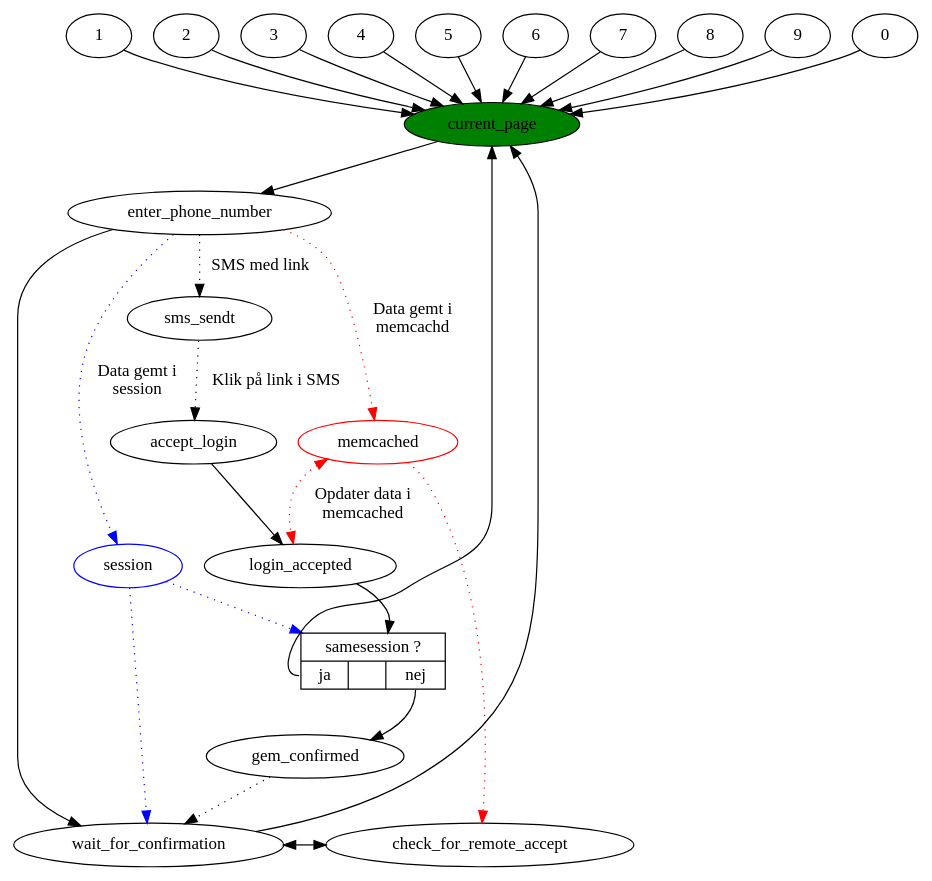
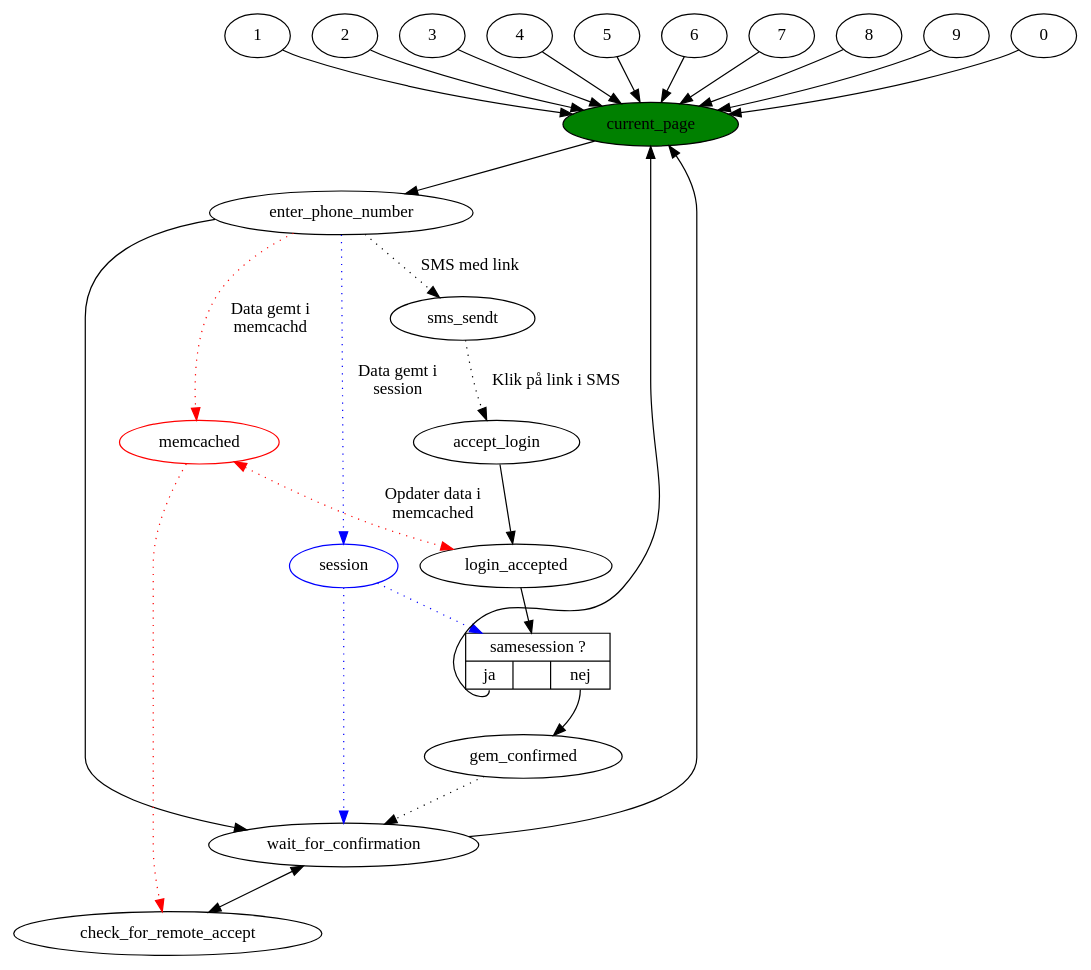
Before and after one commit to alslug/alslug.dk: the diagram in projekter/sms-login.dot, drawn with Graphviz.

```diff
--- a/projekter/sms-login.dot
+++ b/projekter/sms-login.dot
@@ -1,50 +1,47 @@
 digraph xxx {
   {1,2,3,4,5,6,7,8,9,0} -> current_page;
   {
     edge [ color=red style=dotted ];
 ////////////////////////////////////////////////////////////////////////////////////////////
     enter_phone_number -> memcached [ label="Data gemt i \nmemcachd"]; /////
                           memcached [ color = red ];
                           memcached -> check_for_remote_accept;
                           memcached -> login_accepted [ label = "Opdater data i \nmemcached" dir=both ];
 ////////////////////////////////////////////////////////////////////////////////////////////
   }
   {
     edge [ color=blue style=dotted ];
 ////////////////////////////////////////////////////////////////////////////////////////////
         enter_phone_number -> session [ label="Data gemt i \nsession"];    /////
                               session [ color = blue ];
                               session -> wait_for_confirmation;
                               session -> same_session;
 ////////////////////////////////////////////////////////////////////////////////////////////
   }
-  {
-    rank = same;
-    wait_for_confirmation; check_for_remote_accept;
-////////////////////////////////////////////////////////////////////////////////////////////
-              wait_for_confirmation -> check_for_remote_accept [ dir=both ];           /////
-////////////////////////////////////////////////////////////////////////////////////////////
+  subgraph x_cluster {
+    current_page [ style=filled fillcolor=green ];
+    current_page ->
+          enter_phone_number ->
+                wait_for_confirmation ->
+                      current_page;
+                wait_for_confirmation ->
+                      check_for_remote_accept [ dir=both ];
   }
   same_session [ shape=record label="{samesession ?|{<ja> ja| &nbsp; |<nej> nej}}" ];
-  current_page [ style=filled fillcolor=green ];
-  current_page ->
-        enter_phone_number ->
-              wait_for_confirmation ->
-                    current_page;
 ////////////////////////////////////////////////////////////////////////////////////////////
         enter_phone_number -> sms_sendt [ style= dotted label="SMS med link"];         /////
 ////////////////////////////////////////////////////////////////////////////////////////////
   sms_sendt ->
         accept_login [ style=dotted label="Klik på link i SMS" ];
         accept_login ->
               login_accepted->
                     same_session;
                     same_session:ja ->
                           current_page;
                     same_session:nej ->
                           gem_confirmed;
 ////////////////////////////////////////////////////////////////////////////////////////////
                           gem_confirmed ->                                       /////
                                 wait_for_confirmation [ style=dotted ];          /////
 ////////////////////////////////////////////////////////////////////////////////////////////
 }
```
